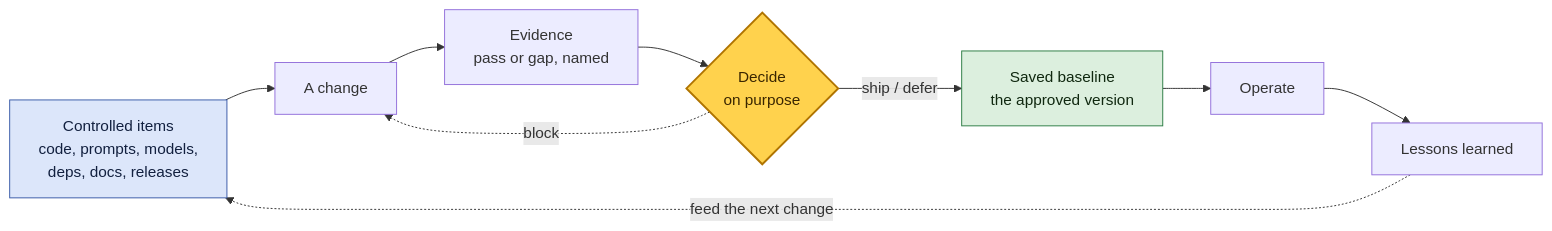
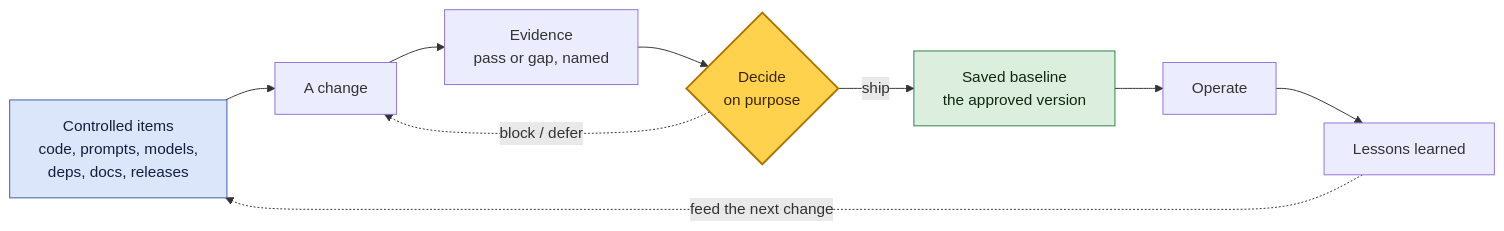
One commit to FlyFission/nuclear-grade-context-engineering changed the fifth of 5 diagrams in README.md. Above: the diagram before and after it, drawn with Mermaid. The commit also changed other lines of this file and 9 other files, not shown here.

First line of the commit message:
docs: plain README first screen; only a ship decision saves the baseline

````diff
--- a/README.md
+++ b/README.md
@@ -368,14 +394,14 @@
 ```mermaid
 flowchart LR
     classDef item fill:#DCE6FA,stroke:#3A5BA8,color:#12203F;
     classDef gate fill:#FFD24D,stroke:#B07400,color:#3A2600,stroke-width:2px;
     classDef base fill:#DCEFDE,stroke:#2E7D45,color:#102810;
     CI["Controlled items<br/>code, prompts, models,<br/>deps, docs, releases"]:::item --> CH["A change"]
     CH --> EV["Evidence<br/>pass or gap, named"]
     EV --> DEC{"Decide<br/>on purpose"}:::gate
-    DEC -->|"ship / defer"| BL["Saved baseline<br/>the approved version"]:::base
-    DEC -.->|"block"| CH
+    DEC -->|"ship"| BL["Saved baseline<br/>the approved version"]:::base
+    DEC -.->|"block / defer"| CH
     BL --> OP["Operate"]
     OP --> LE["Lessons learned"]
     LE -.->|"feed the next change"| CI
 ```
````
